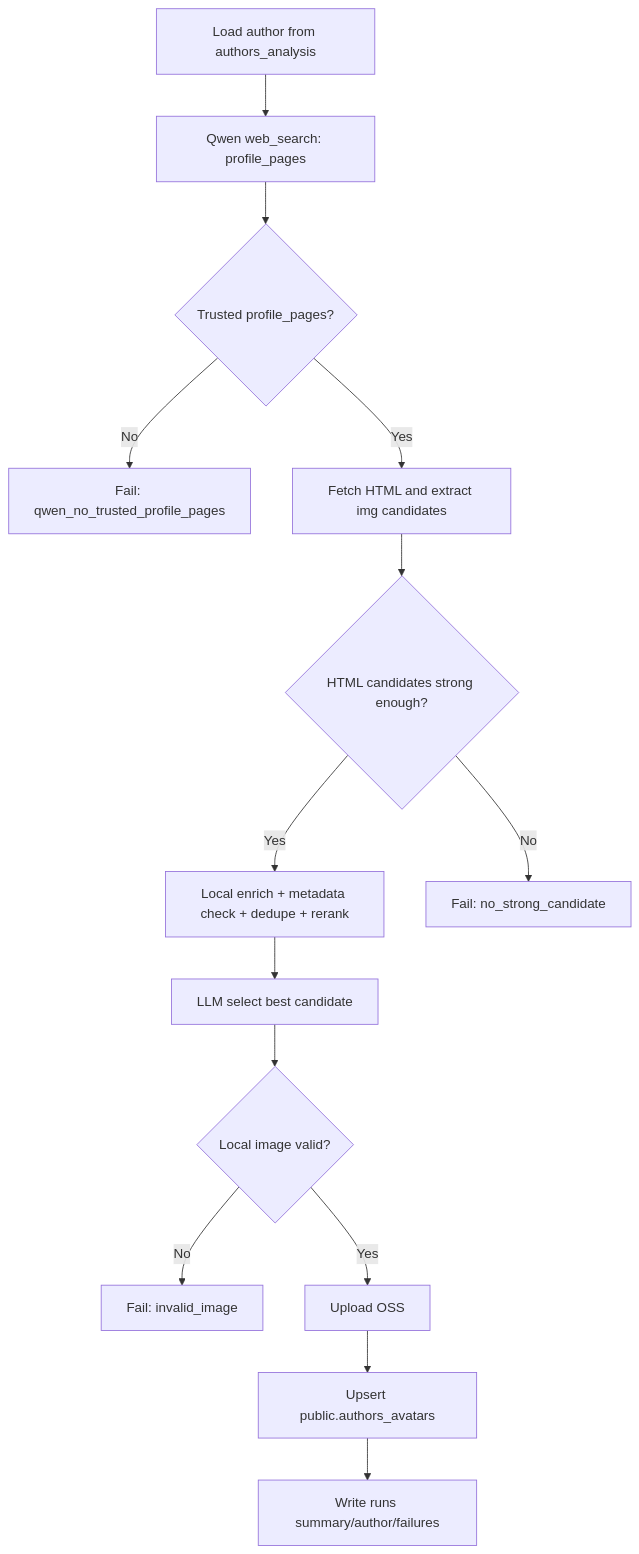
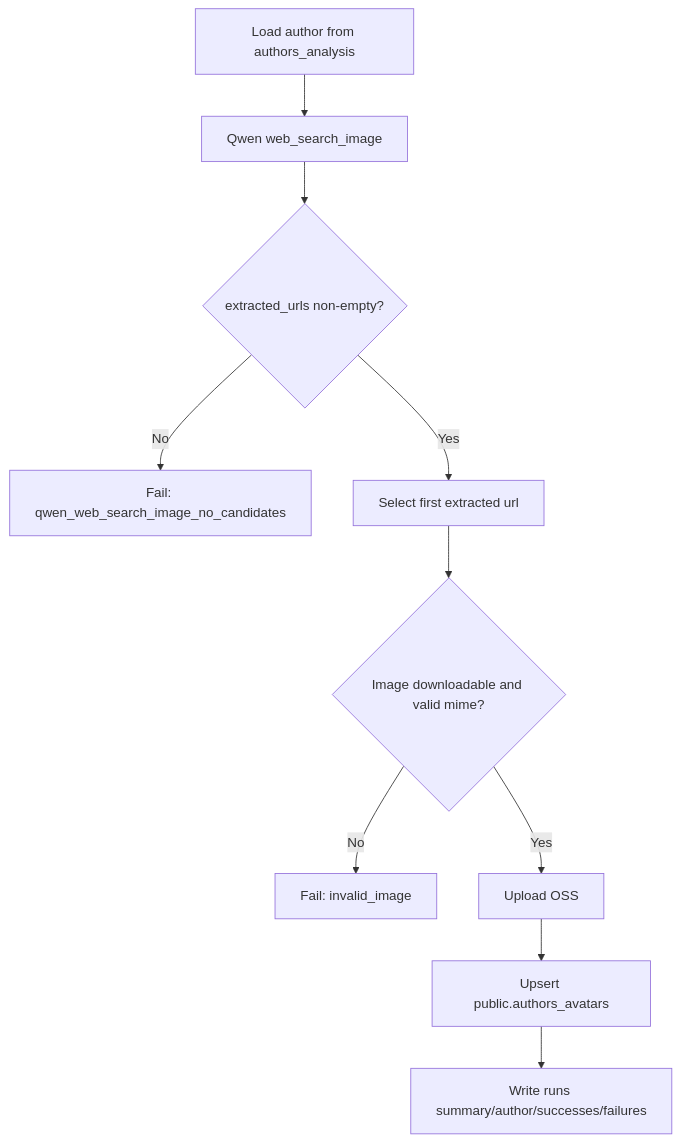
Before and after one commit to CharlieHasAHeart/openalex: the diagram in README.md, drawn with Mermaid. The commit also changed other lines of this file and 4 other files, not shown here.

Commit message:
refactor: switch avatar pipeline to web_search_image-first chain

````diff
--- a/README.md
+++ b/README.md
@@ -33,16 +28,12 @@
 ```mermaid
 flowchart TD
-    A[Load author from authors_analysis] --> B[Qwen web_search: profile_pages]
-    B --> C{Trusted profile_pages?}
-    C -- No --> Z1[Fail: qwen_no_trusted_profile_pages]
-    C -- Yes --> D[Fetch HTML and extract img candidates]
-    D --> E{HTML candidates strong enough?}
-    E -- Yes --> G[Local enrich + metadata check + dedupe + rerank]
-    E -- No --> Z2[Fail: no_strong_candidate]
-    G --> H[LLM select best candidate]
-    H --> I{Local image valid?}
-    I -- No --> Z3[Fail: invalid_image]
-    I -- Yes --> L[Upload OSS]
-    L --> M[Upsert public.authors_avatars]
-    M --> N[Write runs summary/author/failures]
+    A[Load author from authors_analysis] --> B[Qwen web_search_image]
+    B --> C{extracted_urls non-empty?}
+    C -- No --> Z1[Fail: qwen_web_search_image_no_candidates]
+    C -- Yes --> D[Select first extracted url]
+    D --> E{Image downloadable and valid mime?}
+    E -- No --> Z2[Fail: invalid_image]
+    E -- Yes --> F[Upload OSS]
+    F --> G[Upsert public.authors_avatars]
+    G --> H[Write runs summary/author/successes/failures]
 ```
````
